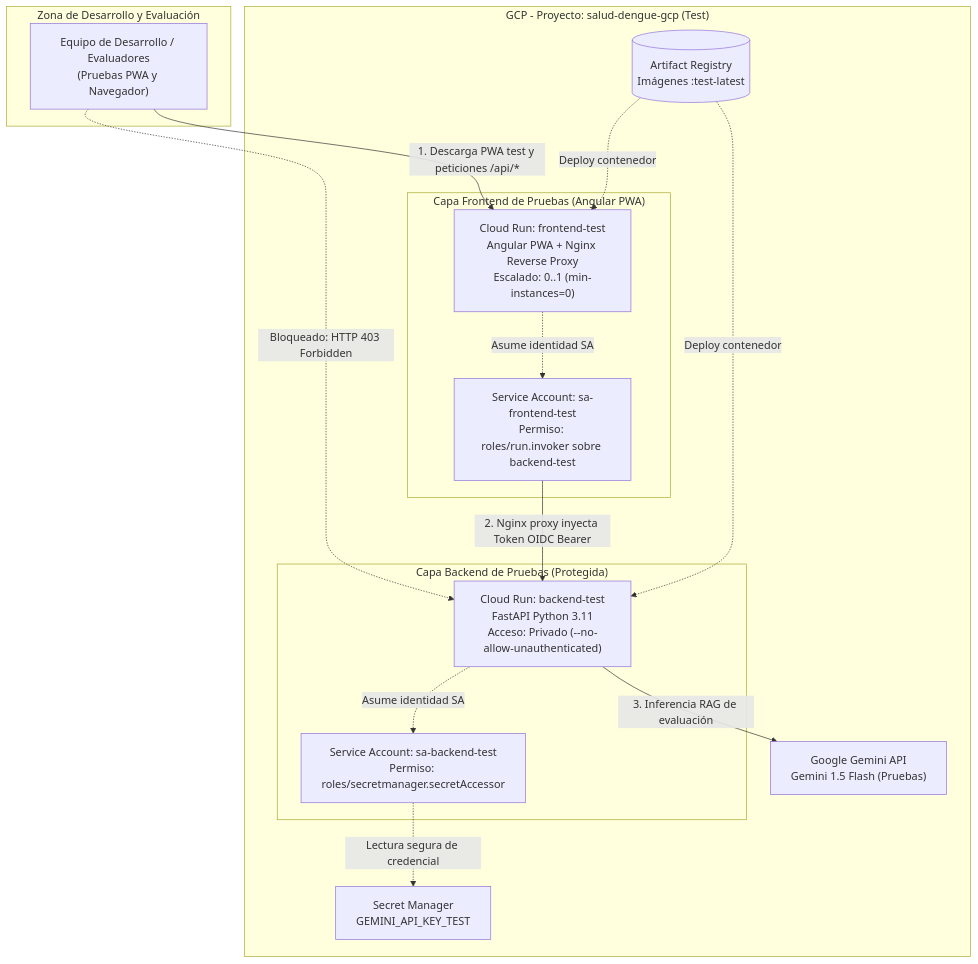
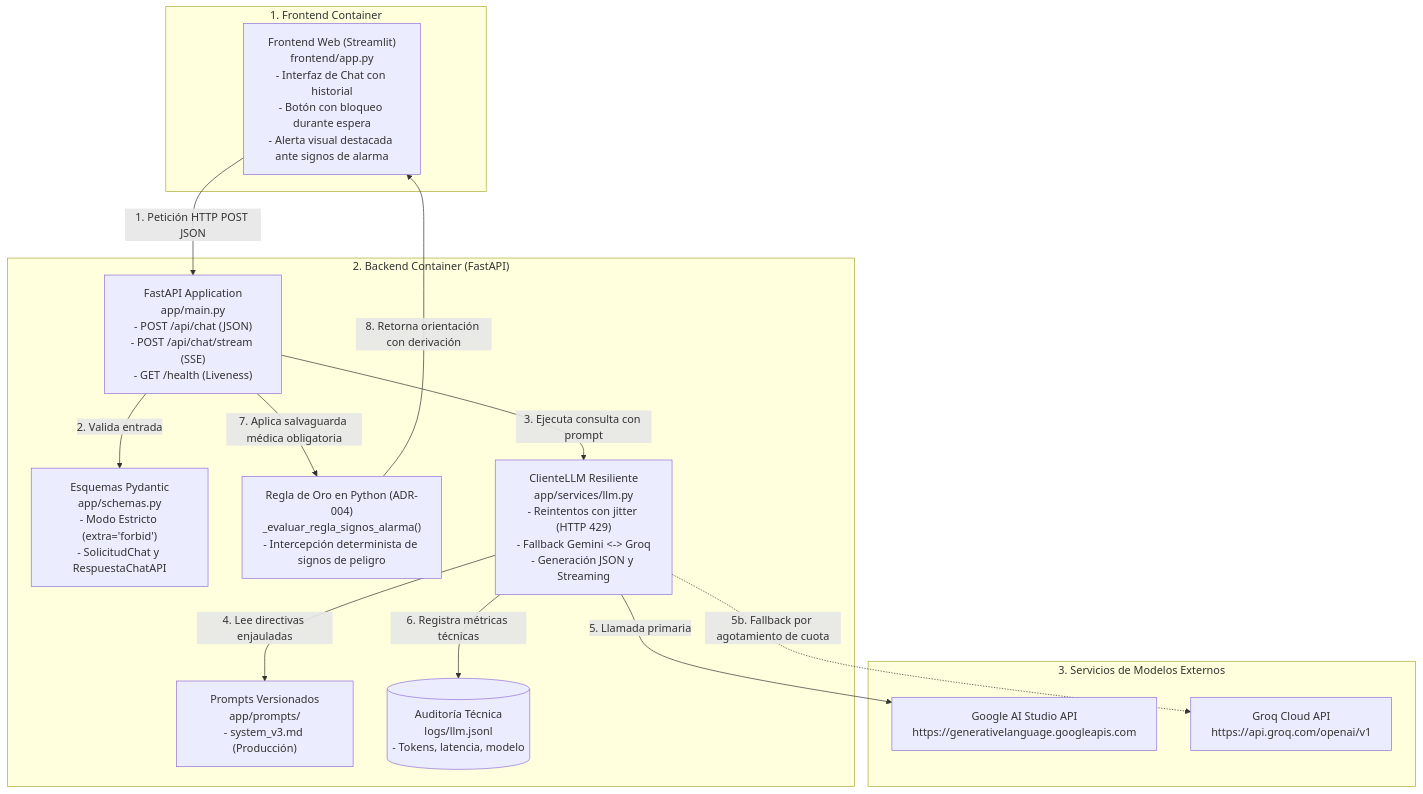
One commit to rminayacajia-hub/asistente-salud-dengue changed the second of 2 diagrams in docs/03-arquitectura.md. Above: the diagram before and after it, drawn with Mermaid. The commit also changed other lines of this file and 24 other files, not shown here.

Commit message:
feat(semana-3): implementar pipeline RAG con ChromaDB, GeoSalud determinista, citas normativas y evidencias tecnicas

````diff
--- a/docs/03-arquitectura.md
+++ b/docs/03-arquitectura.md
@@ -291,36 +47,35 @@
 ```mermaid
 flowchart TD
-    subgraph InternetTest ["Zona de Desarrollo y Evaluación"]
-        DevTester["Equipo de Desarrollo / Evaluadores<br/>(Pruebas PWA y Navegador)"]
+    subgraph Cliente ["1. Frontend Container"]
+        StreamlitUI["Frontend Web (Streamlit)<br/>frontend/app.py<br/>- Interfaz de Chat con historial<br/>- Botón con bloqueo durante espera<br/>- Alerta visual destacada ante signos de alarma"]
     end
 
-    subgraph GCP_Test ["GCP - Proyecto: salud-dengue-gcp (Test)"]
-        subgraph FrontClusterTest ["Capa Frontend de Pruebas (Angular PWA)"]
-            FrontTest["Cloud Run: frontend-test<br/>Angular PWA + Nginx Reverse Proxy<br/>Escalado: 0..1 (min-instances=0)"]
-            SA_FrontTest["Service Account: sa-frontend-test<br/>Permiso: roles/run.invoker sobre backend-test"]
-        end
-
-        subgraph BackClusterTest ["Capa Backend de Pruebas (Protegida)"]
-            BackTest["Cloud Run: backend-test<br/>FastAPI Python 3.11<br/>Acceso: Privado (--no-allow-unauthenticated)"]
-            SA_BackTest["Service Account: sa-backend-test<br/>Permiso: roles/secretmanager.secretAccessor"]
-        end
-
-        SecretMgrTest["Secret Manager<br/>GEMINI_API_KEY_TEST"]
-        ArtifactRegTest[("Artifact Registry<br/>Imágenes :test-latest")]
-        GeminiTest["Google Gemini API<br/>Gemini 1.5 Flash (Pruebas)"]
+    subgraph Servidor ["2. Backend Container (FastAPI)"]
+        API["FastAPI Application<br/>app/main.py<br/>- POST /api/chat (JSON)<br/>- POST /api/chat/stream (SSE)<br/>- GET /health (Liveness)"]
+        
+        PydanticSchemas["Esquemas Pydantic<br/>app/schemas.py<br/>- Modo Estricto (extra='forbid')<br/>- SolicitudChat y RespuestaChatAPI"]
+        
+        ReglaOro["Regla de Oro en Python (ADR-004)<br/>_evaluar_regla_signos_alarma()<br/>- Intercepción determinista de signos de peligro"]
+        
+        ServicioLLM["ClienteLLM Resiliente<br/>app/services/llm.py<br/>- Reintentos con jitter (HTTP 429)<br/>- Fallback Gemini <-> Groq<br/>- Generación JSON y Streaming"]
+        
+        Prompts["Prompts Versionados<br/>app/prompts/<br/>- system_v3.md (Producción)"]
+        
+        AuditLog[("Auditoría Técnica<br/>logs/llm.jsonl<br/>- Tokens, latencia, modelo")]
     end
 
-    %% Flujos de Pruebas
-    DevTester -->|"1. Descarga PWA test y peticiones /api/*"| FrontTest
-    DevTester -.->|"Bloqueado: HTTP 403 Forbidden"| BackTest
-    
-    FrontTest -.->|"Asume identidad SA"| SA_FrontTest
-    SA_FrontTest -->|"2. Nginx proxy inyecta Token OIDC Bearer"| BackTest
-    
-    BackTest -.->|"Asume identidad SA"| SA_BackTest
-    SA_BackTest -.->|"Lectura segura de credencial"| SecretMgrTest
-    BackTest -->|"3. Inferencia RAG de evaluación"| GeminiTest
+    subgraph NubeIA ["3. Servicios de Modelos Externos"]
+        GeminiCloud["Google AI Studio API<br/>https://generativelanguage.googleapis.com"]
+        GroqCloud["Groq Cloud API<br/>https://api.groq.com/openai/v1"]
+    end
 
-    ArtifactRegTest -.->|"Deploy contenedor"| FrontTest
-    ArtifactRegTest -.->|"Deploy contenedor"| BackTest
+    StreamlitUI -->|"1. Petición HTTP POST JSON"| API
+    API -->|"2. Valida entrada"| PydanticSchemas
+    API -->|"3. Ejecuta consulta con prompt"| ServicioLLM
+    ServicioLLM -->|"4. Lee directivas enjauladas"| Prompts
+    ServicioLLM -->|"5. Llamada primaria"| GeminiCloud
+    ServicioLLM -.->|"5b. Fallback por agotamiento de cuota"| GroqCloud
+    ServicioLLM -->|"6. Registra métricas técnicas"| AuditLog
+    API -->|"7. Aplica salvaguarda médica obligatoria"| ReglaOro
+    ReglaOro -->|"8. Retorna orientación con derivación"| StreamlitUI
 ```
````
